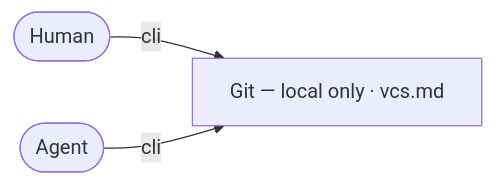
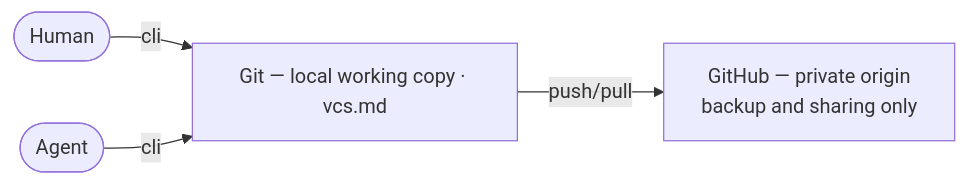
One commit to BlandineRdl/aidd-audit changed the diagram in aidd_docs/memory/ecosystem.md. Above: the diagram before and after it, drawn with Mermaid. The commit also changed 1 other file, not shown here.

Commit message:
docs(vcs): record the origin and the convention already in use
Two facts the memory bank contradicted. The repository now has a private
GitHub origin, and it had eleven commits following Conventional Commits while
vcs.md still claimed there was one and no convention at all.

Origin is written down as what it is — backup and sharing — because the
tempting next step is to let something depend on it. Nothing in the build, the
gate or the product may: a clone with no remote still runs `pnpm check`, and
runtime assessment stays offline. GitHub Actions, issues and release
automation stay out for the same reason.

The commit convention is transcribed from the history rather than invented,
including the rule the bodies already follow: the subject says what changed,
the body says why, and it is the only place the forced reading survives.

Untouched on purpose: the "local Git" and "GitHub/GitLab post-MVP" lines in
architecture.md and INSTALL.md describe the product's evidence sources and
integration scope, not where this repository is hosted.

````diff
--- a/aidd_docs/memory/ecosystem.md
+++ b/aidd_docs/memory/ecosystem.md
@@ -3,9 +3,11 @@
 ```mermaid
 flowchart LR
   Human([Human])
   Agent([Agent])
-  Git["Git — local only · vcs.md"]
+  Git["Git — local working copy · vcs.md"]
+  Origin["GitHub — private origin<br/>backup and sharing only"]
 
   Human -- cli --> Git
   Agent -- cli --> Git
+  Git -- push/pull --> Origin
 ```
````
